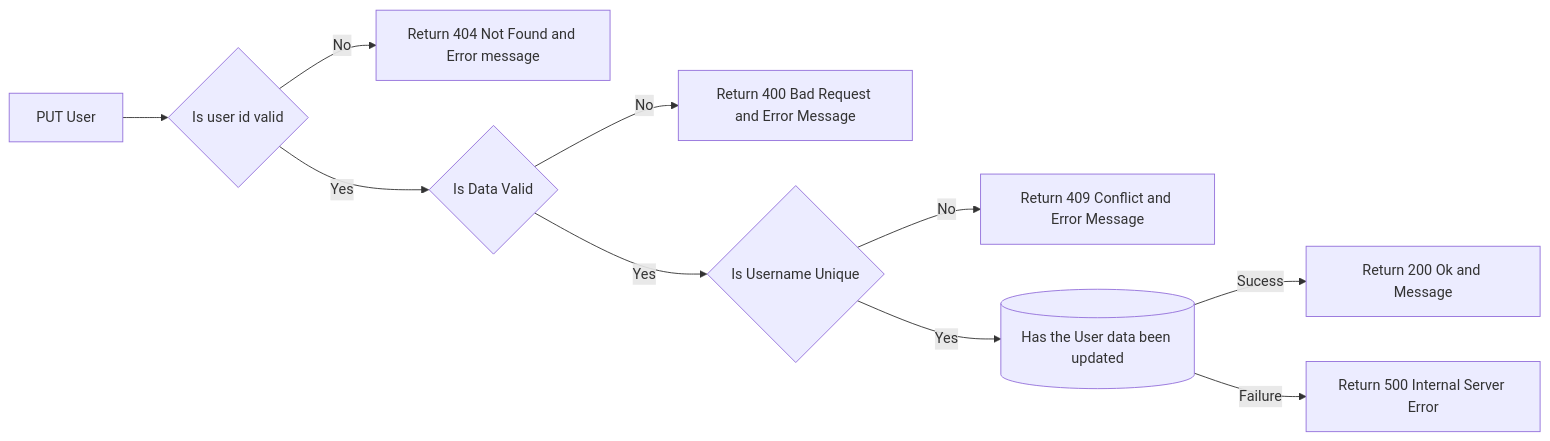
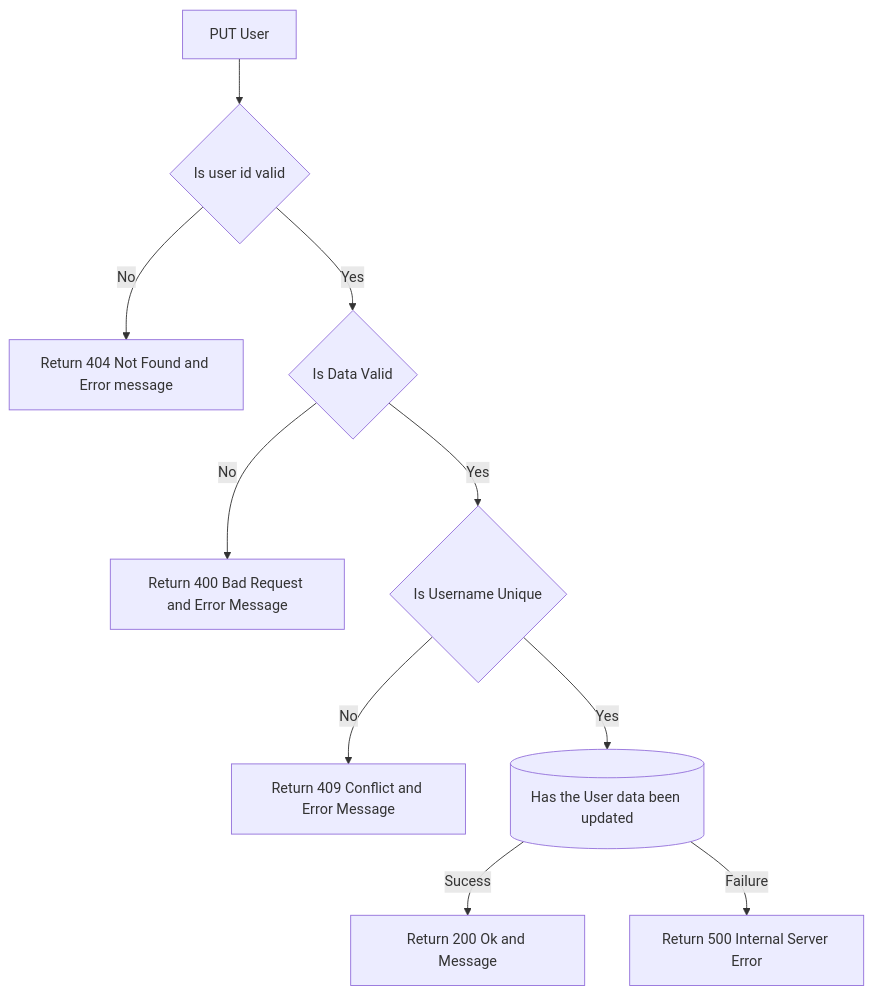
One commit to kalsmic/tdd_challenge changed the seventh of 8 diagrams in README.md. Above: the diagram before and after it, drawn with Mermaid. The commit also changed other lines of this file, not shown here.

Commit message:
change flow chart layout

````diff
--- a/README.md
+++ b/README.md
@@ -87,12 +87,12 @@
 ```mermaid
-graph LR
+graph TD
 A[PUT User] --> B{Is user id valid}
 B -->|No|C[Return 404 Not Found and Error message]
 B -->|Yes|D{Is Data Valid}
 D -->|No|E[Return 400 Bad Request and Error Message]
 D -->|Yes|F{Is Username Unique}
 F -->|No|G[Return 409 Conflict and Error Message]
 F -->|Yes|H[(Has the User data been updated)]
 H -->|Sucess|I[Return 200 Ok and Message]
 H -->|Failure|J[Return 500 Internal Server Error]
 ```
````
